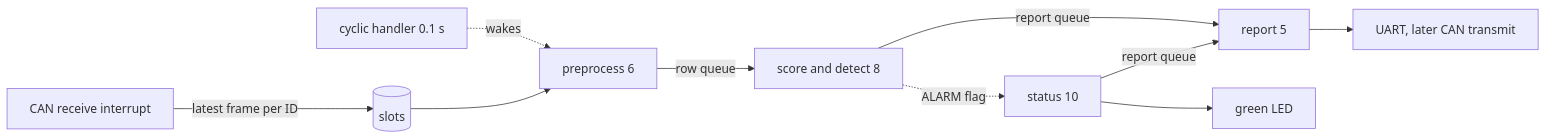
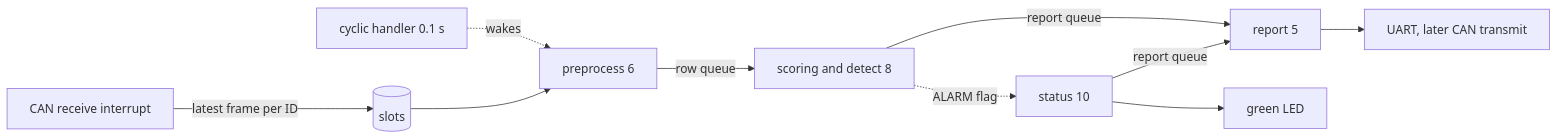
One commit to asana17/ai_can_anomaly_detection changed the first of 2 diagrams in board/docs/goal.md. Above: the diagram before and after it, drawn with Mermaid. The commit also changed other lines of this file and 5 other files, not shown here.

````diff
--- a/board/docs/goal.md
+++ b/board/docs/goal.md
@@ -20,12 +20,12 @@
 ```mermaid
 flowchart LR
     CAN[CAN receive interrupt] -->|latest frame per ID| SLOT[(slots)]
     CYC[cyclic handler 0.1 s] -. wakes .-> PRE[preprocess 6]
     SLOT --> PRE
-    PRE -->|row queue| DET[score and detect 8]
+    PRE -->|row queue| DET[scoring and detect 8]
     DET -->|report queue| REP[report 5]
     REP --> OUT[UART, later CAN transmit]
     DET -. ALARM flag .-> STA[status 10]
     STA -->|report queue| REP
     STA --> LED[green LED]
 ```
````
